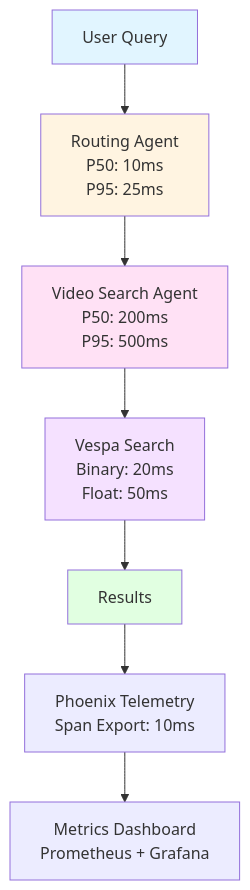
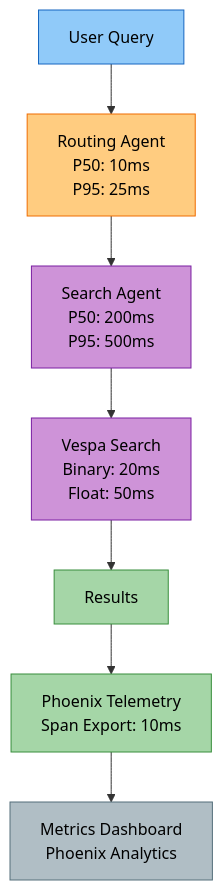
The first of 5 diagrams in docs/operations/performance-monitoring.md (amit-jain/cogniverse), drawn with Mermaid before and after one commit. The commit also changed other lines of this file and 83 other files, not shown here.

First line of the commit message:
Fix documentation veracity, formatting, and diagrams across all modules

````diff
--- a/docs/operations/performance-monitoring.md
+++ b/docs/operations/performance-monitoring.md
@@ -53,22 +57,24 @@
 ```mermaid
-graph TB
-    Query[User Query]
+flowchart TB
+    Query["<span style='color:#000'>User Query</span>"]
 
-    Query --> Routing[Routing Agent<br/>P50: 10ms<br/>P95: 25ms]
+    Query --> Routing["<span style='color:#000'>Routing Agent<br/>P50: 10ms<br/>P95: 25ms</span>"]
 
-    Routing --> VideoAgent[Video Search Agent<br/>P50: 200ms<br/>P95: 500ms]
+    Routing --> SearchAgent["<span style='color:#000'>Search Agent<br/>P50: 200ms<br/>P95: 500ms</span>"]
 
-    VideoAgent --> Vespa[Vespa Search<br/>Binary: 20ms<br/>Float: 50ms]
+    SearchAgent --> Vespa["<span style='color:#000'>Vespa Search<br/>Binary: 20ms<br/>Float: 50ms</span>"]
 
-    Vespa --> Results[Results]
+    Vespa --> Results["<span style='color:#000'>Results</span>"]
 
-    Results --> Phoenix[Phoenix Telemetry<br/>Span Export: 10ms]
+    Results --> Phoenix["<span style='color:#000'>Phoenix Telemetry<br/>Span Export: 10ms</span>"]
 
-    Phoenix --> Metrics[Metrics Dashboard<br/>Prometheus + Grafana]
+    Phoenix --> Metrics["<span style='color:#000'>Metrics Dashboard<br/>Phoenix Analytics</span>"]
 
-    style Query fill:#e1f5ff
-    style Routing fill:#fff4e1
-    style VideoAgent fill:#ffe1f5
-    style Vespa fill:#f5e1ff
-    style Results fill:#e1ffe1
+    style Query fill:#90caf9,stroke:#1565c0,color:#000
+    style Routing fill:#ffcc80,stroke:#ef6c00,color:#000
+    style SearchAgent fill:#ce93d8,stroke:#7b1fa2,color:#000
+    style Vespa fill:#ce93d8,stroke:#7b1fa2,color:#000
+    style Results fill:#a5d6a7,stroke:#388e3c,color:#000
+    style Phoenix fill:#a5d6a7,stroke:#388e3c,color:#000
+    style Metrics fill:#b0bec5,stroke:#546e7a,color:#000
 ```
````
